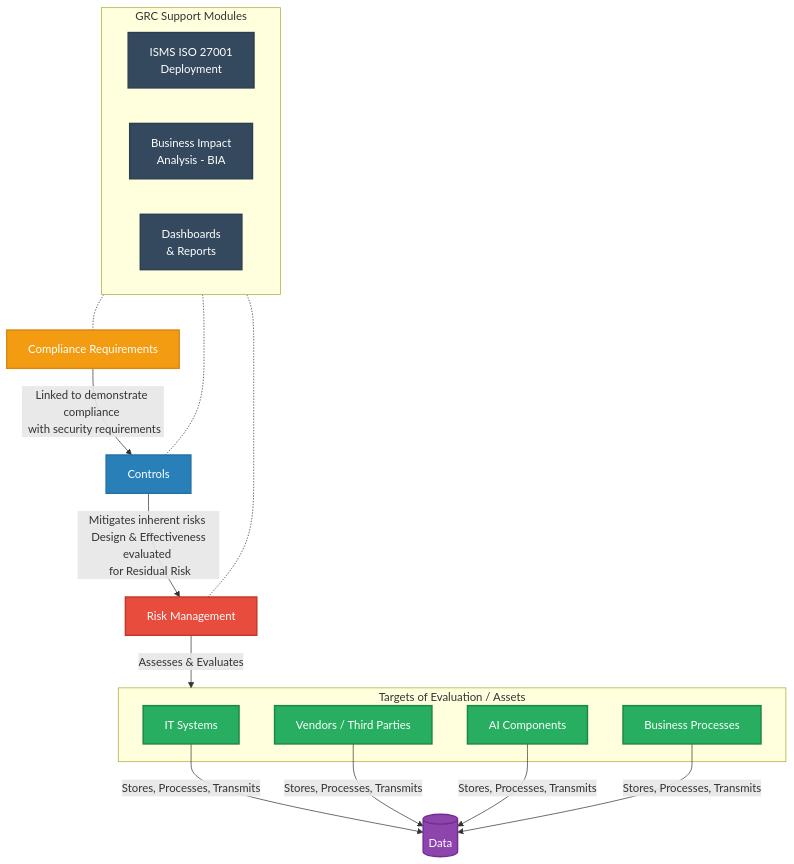
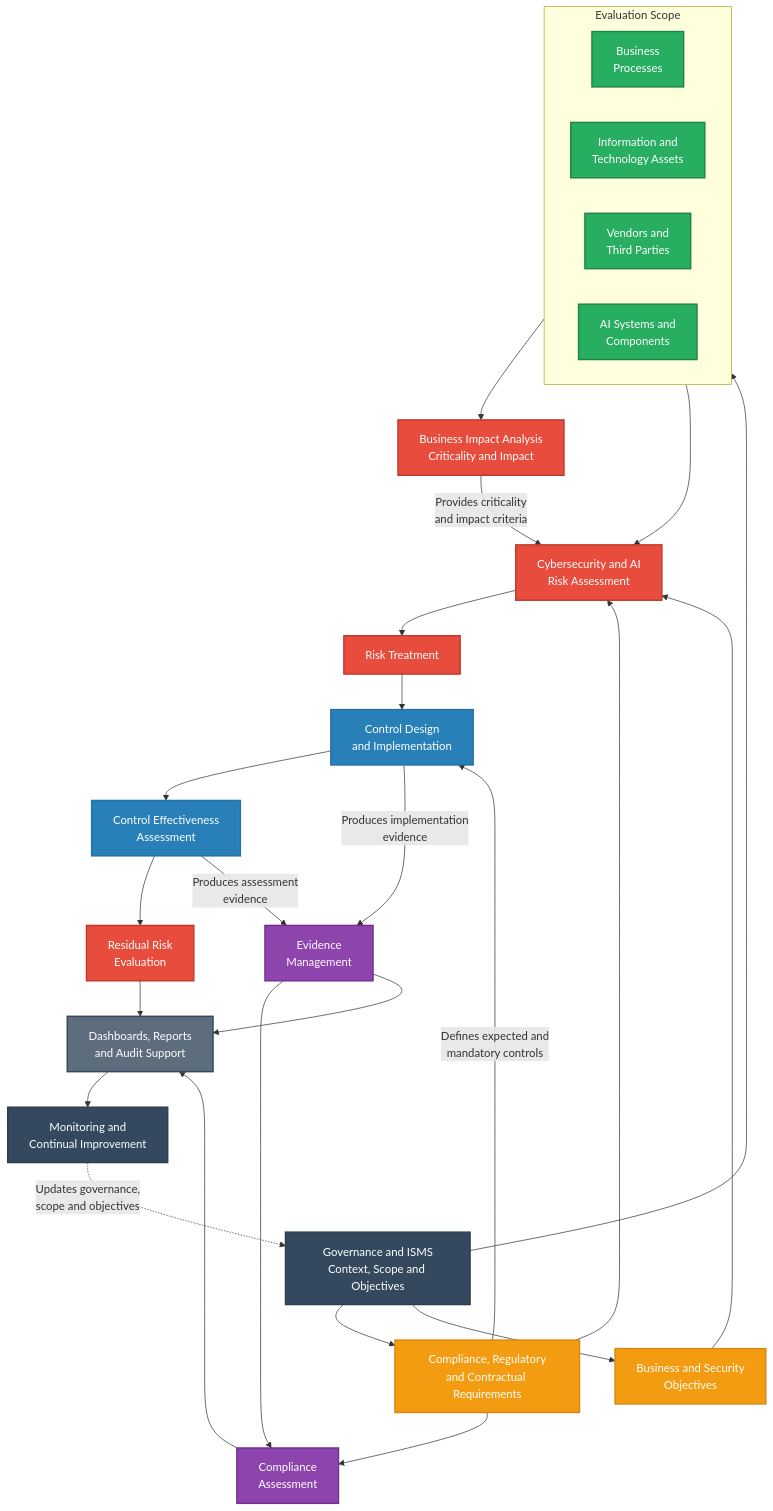
One commit to rodolfo-lopez-GRC/grc4ciso changed the first of 6 diagrams in grc4ciso_readme.md. Above: the diagram before and after it, drawn with Mermaid. The commit also changed other lines of this file, not shown here.

````diff
--- a/grc4ciso_readme.md
+++ b/grc4ciso_readme.md
@@ -23,48 +24,75 @@
 ```mermaid
 flowchart TD
-    %% Styling Definitions
-    classDef risk fill:#e74c3c,color:#fff,stroke:#c0392b,stroke-width:2px
-    classDef control fill:#2980b9,color:#fff,stroke:#2471a3,stroke-width:2px
-    classDef comp fill:#f39c12,color:#fff,stroke:#d68910,stroke-width:2px
-    classDef asset fill:#27ae60,color:#fff,stroke:#1e8449,stroke-width:2px
-    classDef data fill:#8e44ad,color:#fff,stroke:#732d91,stroke-width:2px
-    classDef support fill:#34495e,color:#fff,stroke:#2c3e50,stroke-width:2px
+    %% Style Definitions
+    classDef governance fill:#34495e,color:#ffffff,stroke:#2c3e50,stroke-width:2px
+    classDef requirement fill:#f39c12,color:#ffffff,stroke:#d68910,stroke-width:2px
+    classDef scope fill:#27ae60,color:#ffffff,stroke:#1e8449,stroke-width:2px
+    classDef risk fill:#e74c3c,color:#ffffff,stroke:#c0392b,stroke-width:2px
+    classDef control fill:#2980b9,color:#ffffff,stroke:#2471a3,stroke-width:2px
+    classDef assurance fill:#8e44ad,color:#ffffff,stroke:#732d91,stroke-width:2px
+    classDef reporting fill:#5d6d7e,color:#ffffff,stroke:#34495e,stroke-width:2px
 
-    %% Core GRC Modules
-    COMP[Compliance Requirements]:::comp
-    CTRL[Controls]:::control
-    RM[Risk Management]:::risk
+    %% Governance
+    ISMS["Governance and ISMS<br/>Context, Scope and Objectives"]:::governance
 
-    %% Assets and Data
-    subgraph Targets [Targets of Evaluation / Assets]
-        IT[IT Systems]:::asset
-        VEND[Vendors / Third Parties]:::asset
-        AI[AI Components]:::asset
-        PROC[Business Processes]:::asset
-    end
-    
-    DATA[(Data)]:::data
+    %% Requirements and Drivers
+    REQ["Compliance, Regulatory<br/>and Contractual Requirements"]:::requirement
+    OBJ["Business and Security<br/>Objectives"]:::requirement
 
-    %% Core Relationships
-    COMP -->|Linked to demonstrate compliance <br/> with security requirements| CTRL
-    CTRL -->|Mitigates inherent risks <br/> Design & Effectiveness evaluated <br/> for Residual Risk| RM
-    RM -->|Assesses & Evaluates| Targets
-    
-    IT -->|Stores, Processes, Transmits| DATA
-    VEND -->|Stores, Processes, Transmits| DATA
-    AI -->|Stores, Processes, Transmits| DATA
-    PROC -->|Stores, Processes, Transmits| DATA
-
-    %% Transversal Support Modules
-    subgraph SupportModules [GRC Support Modules]
+    %% Evaluation Scope
+    subgraph SCOPE["Evaluation Scope"]
         direction LR
-        ISMS[ISMS ISO 27001 <br/> Deployment]:::support
-        BIA[Business Impact <br/> Analysis - BIA]:::support
-        DASH[Dashboards <br/> & Reports]:::support
+        PROC["Business<br/>Processes"]:::scope
+        ASSET["Information and<br/>Technology Assets"]:::scope
+        THIRD["Vendors and<br/>Third Parties"]:::scope
+        AI["AI Systems and<br/>Components"]:::scope
     end
 
-    %% Support Connections
-    SupportModules -.- RM
-    SupportModules -.- CTRL
-    SupportModules -.- COMP
+    %% Assessment
+    BIA["Business Impact Analysis<br/>Criticality and Impact"]:::risk
+    RISK["Cybersecurity and AI<br/>Risk Assessment"]:::risk
+
+    %% Treatment and Controls
+    TREAT["Risk Treatment"]:::risk
+    CTRL["Control Design<br/>and Implementation"]:::control
+    TEST["Control Effectiveness<br/>Assessment"]:::control
+    RESIDUAL["Residual Risk<br/>Evaluation"]:::risk
+
+    %% Assurance
+    EVIDENCE["Evidence<br/>Management"]:::assurance
+    COMPLIANCE["Compliance<br/>Assessment"]:::assurance
+    REPORTING["Dashboards, Reports<br/>and Audit Support"]:::reporting
+    IMPROVE["Monitoring and<br/>Continual Improvement"]:::governance
+
+    %% Governance Relationships
+    ISMS --> REQ
+    ISMS --> OBJ
+    ISMS --> SCOPE
+
+    %% Scope and Assessment
+    OBJ --> RISK
+    REQ --> RISK
+    SCOPE --> BIA
+    SCOPE --> RISK
+    BIA -->|"Provides criticality<br/>and impact criteria"| RISK
+
+    %% Risk and Control Lifecycle
+    RISK --> TREAT
+    TREAT --> CTRL
+    REQ -->|"Defines expected and<br/>mandatory controls"| CTRL
+    CTRL --> TEST
+    TEST --> RESIDUAL
+
+    %% Evidence and Compliance
+    CTRL -->|"Produces implementation<br/>evidence"| EVIDENCE
+    TEST -->|"Produces assessment<br/>evidence"| EVIDENCE
+    EVIDENCE --> COMPLIANCE
+    REQ --> COMPLIANCE
+
+    %% Reporting and Improvement
+    RESIDUAL --> REPORTING
+    COMPLIANCE --> REPORTING
+    EVIDENCE --> REPORTING
+    REPORTING --> IMPROVE
+    IMPROVE -.->|"Updates governance,<br/>scope and objectives"| ISMS
 ```
````
